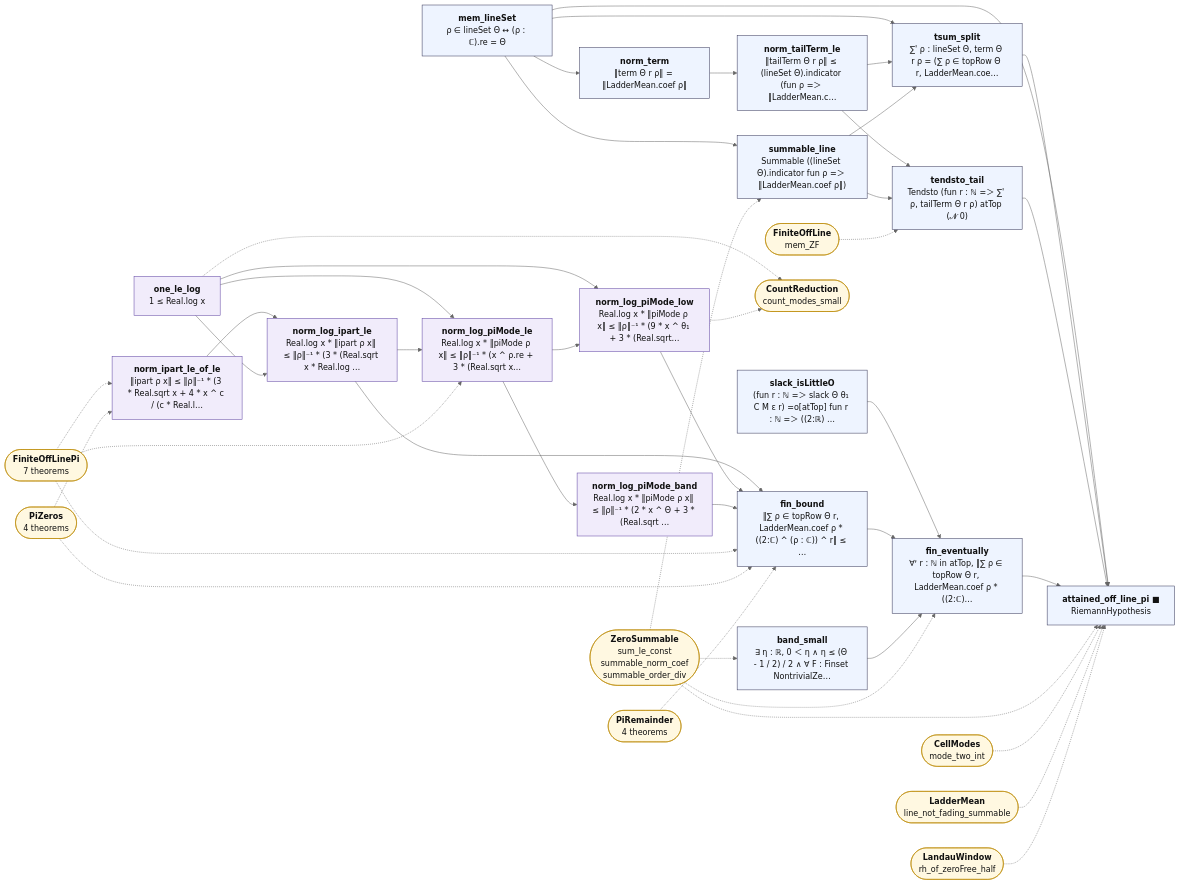
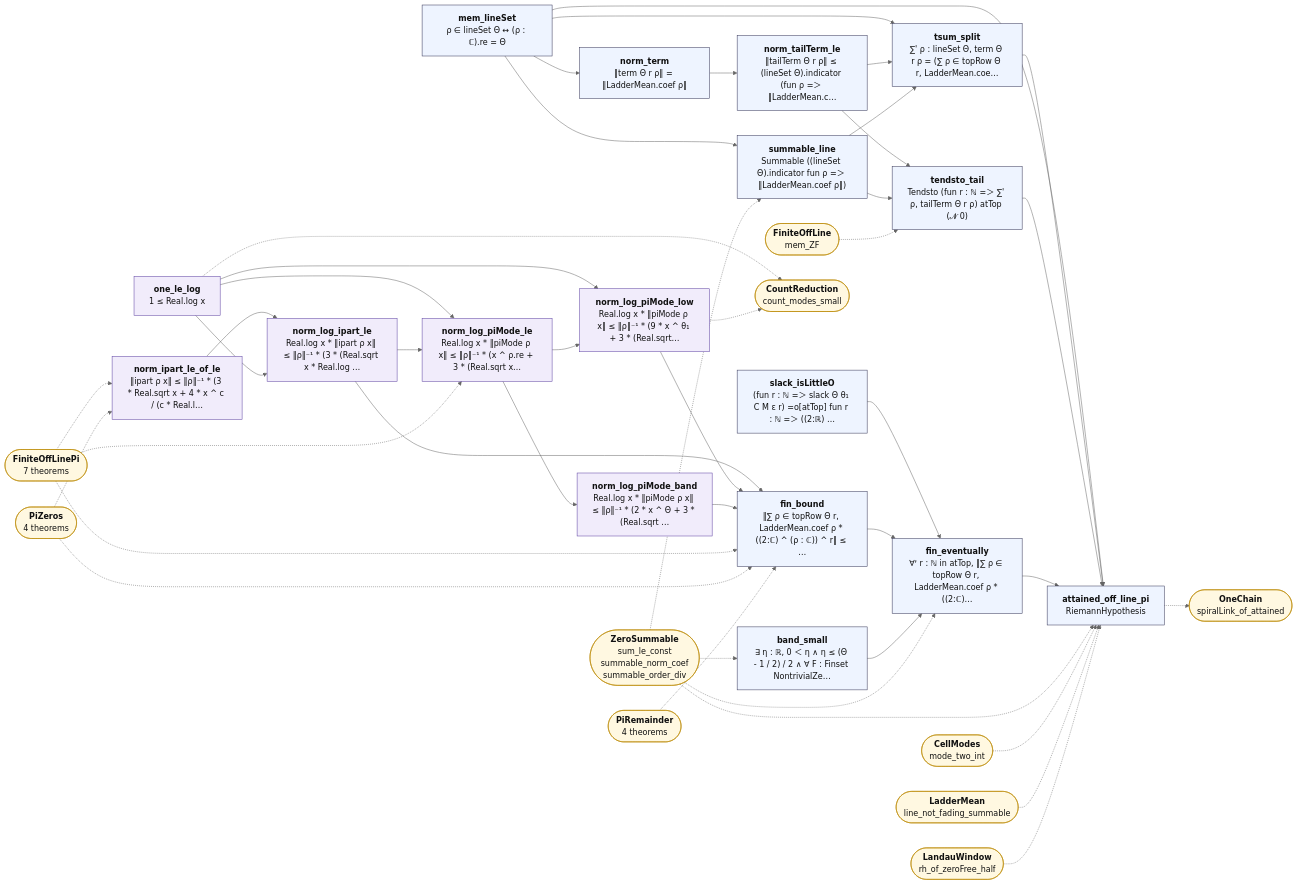
One commit to juliansambranojr/Primebeat_081426 changed the diagram in map/lean_stage3/AttainedPi.md. Above: the diagram before and after it, drawn with Mermaid (neutral theme). The commit also changed other lines of this file and 62 other files, not shown here.

First line of the commit message:
Block J4: one chain, the closed loop tied to the tree's main theorems (unit 0479)

````diff
--- a/map/lean_stage3/AttainedPi.md
+++ b/map/lean_stage3/AttainedPi.md
@@ -12,78 +12,80 @@
 ```mermaid
 flowchart LR
   n0["<b>norm_ipart_le_of_le</b><br/>‖ipart ρ x‖ ≤ ‖ρ‖⁻¹ * (3 * Real.sqrt x + 4 * x ^ c / (c * Real.l…"]:::shp
   n1["<b>one_le_log</b><br/>1 ≤ Real.log x"]:::shp
   n2["<b>norm_log_ipart_le</b><br/>Real.log x * ‖ipart ρ x‖ ≤ ‖ρ‖⁻¹ * (3 * (Real.sqrt x * Real.log …"]:::shp
   n3["<b>norm_log_piMode_le</b><br/>Real.log x * ‖piMode ρ x‖ ≤ ‖ρ‖⁻¹ * (x ^ ρ.re + 3 * (Real.sqrt x…"]:::shp
   n4["<b>norm_log_piMode_low</b><br/>Real.log x * ‖piMode ρ x‖ ≤ ‖ρ‖⁻¹ * (9 * x ^ θ₁ + 3 * (Real.sqrt…"]:::shp
   n5["<b>norm_log_piMode_band</b><br/>Real.log x * ‖piMode ρ x‖ ≤ ‖ρ‖⁻¹ * (2 * x ^ Θ + 3 * (Real.sqrt …"]:::shp
   n6["<b>slack_isLittleO</b><br/>(fun r : ℕ =＞ slack Θ θ₁ C M ε r) =o[atTop] fun r : ℕ =＞ ((2:ℝ) …"]:::thm
   n7["<b>fin_bound</b><br/>‖∑ ρ ∈ topRow Θ r, LadderMean.coef ρ * ((2:ℂ) ^ (ρ : ℂ)) ^ r‖ ≤ …"]:::thm
   n8["<b>band_small</b><br/>∃ η : ℝ, 0 ＜ η ∧ η ≤ (Θ - 1 / 2) / 2 ∧ ∀ F : Finset NontrivialZe…"]:::thm
   n9["<b>fin_eventually</b><br/>∀ᶠ r : ℕ in atTop, ‖∑ ρ ∈ topRow Θ r, LadderMean.coef ρ * ((2:ℂ)…"]:::thm
   n10["<b>mem_lineSet</b><br/>ρ ∈ lineSet Θ ↔ (ρ : ℂ).re = Θ"]:::thm
   n11["<b>norm_term</b><br/>‖term Θ r ρ‖ = ‖LadderMean.coef ρ‖"]:::thm
   n12["<b>norm_tailTerm_le</b><br/>‖tailTerm Θ r ρ‖ ≤ (lineSet Θ).indicator (fun ρ =＞ ‖LadderMean.c…"]:::thm
   n13["<b>summable_line</b><br/>Summable ((lineSet Θ).indicator fun ρ =＞ ‖LadderMean.coef ρ‖)"]:::thm
   n14["<b>tsum_split</b><br/>∑' ρ : lineSet Θ, term Θ r ρ = (∑ ρ ∈ topRow Θ r, LadderMean.coe…"]:::thm
   n15["<b>tendsto_tail</b><br/>Tendsto (fun r : ℕ =＞ ∑' ρ, tailTerm Θ r ρ) atTop (𝓝 0)"]:::thm
-  n16["<b>attained_off_line_pi ■</b><br/>RiemannHypothesis"]:::thm
+  n16["<b>attained_off_line_pi</b><br/>RiemannHypothesis"]:::thm
   x0(["<b>FiniteOffLinePi</b><br/>7 theorems"]):::ext
   x1(["<b>PiZeros</b><br/>4 theorems"]):::ext
   x2(["<b>CountReduction</b><br/>count_modes_small"]):::ext
   x3(["<b>PiRemainder</b><br/>4 theorems"]):::ext
   x4(["<b>ZeroSummable</b><br/>sum_le_const<br/>summable_norm_coef<br/>summable_order_div"]):::ext
   x5(["<b>FiniteOffLine</b><br/>mem_ZF"]):::ext
   x6(["<b>CellModes</b><br/>mode_two_int"]):::ext
   x7(["<b>LadderMean</b><br/>line_not_fading_summable"]):::ext
   x8(["<b>LandauWindow</b><br/>rh_of_zeroFree_half"]):::ext
+  x9(["<b>OneChain</b><br/>spiralLink_of_attained"]):::ext
   n0 --> n2
   n1 --> n2
   n1 --> n3
   n1 --> n4
   n10 --> n11
   n10 --> n13
   n10 --> n14
   n10 --> n16
   n11 --> n12
   n12 --> n14
   n12 --> n15
   n13 --> n14
   n13 --> n15
   n14 --> n16
   n15 --> n16
   n2 --> n3
   n2 --> n7
   n3 --> n4
   n3 --> n5
   n4 --> n7
   n5 --> n7
   n6 --> n9
   n7 --> n9
   n8 --> n9
   n9 --> n16
   n1 -.-> x2
+  n16 -.-> x9
   n4 -.-> x2
   x0 -.-> n0
   x0 -.-> n3
   x0 -.-> n7
   x1 -.-> n0
   x1 -.-> n7
   x3 -.-> n7
   x4 -.-> n13
   x4 -.-> n16
   x4 -.-> n8
   x4 -.-> n9
   x5 -.-> n15
   x6 -.-> n16
   x7 -.-> n16
   x8 -.-> n16
   classDef cnt fill:#dff5ec,stroke:#17694a,color:#111
   classDef shp fill:#f1ecfb,stroke:#5b3fa0,color:#111
   classDef rh fill:#ffe5e5,stroke:#c22,color:#111,stroke-width:2px
   classDef thm fill:#eef4ff,stroke:#335,color:#111
   classDef end_ fill:#e7f7e7,stroke:#2a7,color:#111,stroke-width:2px
   classDef lone fill:#fff,stroke:#999,color:#111,stroke-dasharray:4 3
   classDef bad fill:#ffe5e5,stroke:#c22,color:#111,stroke-width:2px
   classDef ext fill:#fff8e1,stroke:#b80,color:#111
 ```
````
